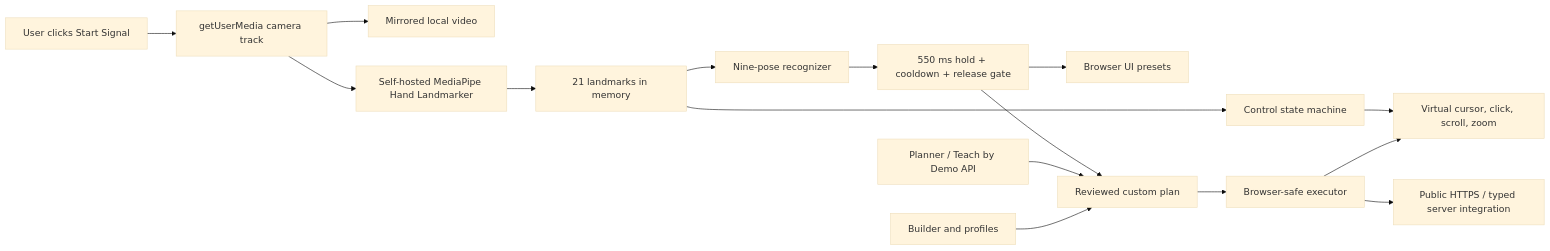
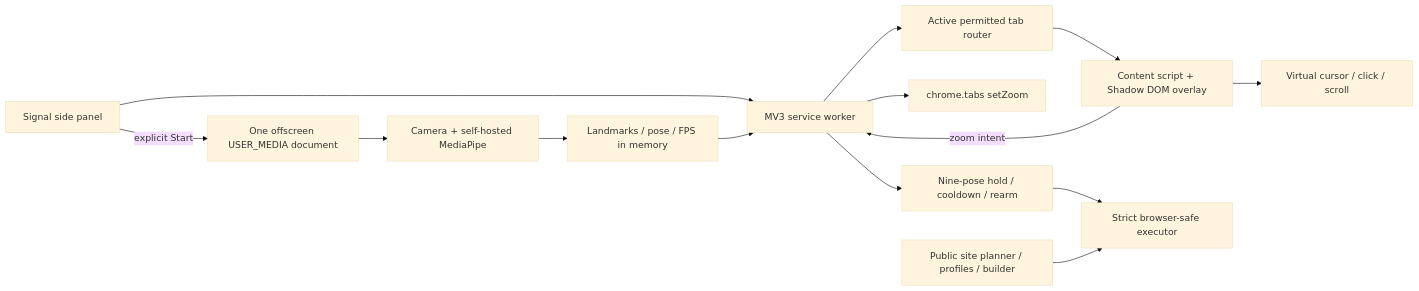
One commit to allenbuild/signal changed the diagram in ARCHITECTURE.md. Above: the diagram before and after it, drawn with Mermaid (base theme). The commit also changed other lines of this file and 90 other files, not shown here.

Commit message:
feat(extension): ship cross-tab Signal hand control

````diff
--- a/ARCHITECTURE.md
+++ b/ARCHITECTURE.md
@@ -5,18 +6,16 @@
 ```mermaid
 flowchart LR
-  click["User clicks Start Signal"] --> camera["getUserMedia camera track"]
-  camera --> video["Mirrored local video"]
-  camera --> landmarker["Self-hosted MediaPipe Hand Landmarker"]
-  landmarker --> landmarks["21 landmarks in memory"]
-  landmarks --> control["Control state machine"]
-  landmarks --> commands["Nine-pose recognizer"]
-  control --> page["Virtual cursor, click, scroll, zoom"]
-  commands --> hold["550 ms hold + cooldown + release gate"]
-  hold --> presets["Browser UI presets"]
-  hold --> validator["Reviewed custom plan"]
-  planner["Planner / Teach by Demo API"] --> validator
-  builder["Builder and profiles"] --> validator
-  validator --> executor["Browser-safe executor"]
-  executor --> page
-  executor --> public["Public HTTPS / typed server integration"]
+  panel["Signal side panel"] --> worker["MV3 service worker"]
+  panel -->|explicit Start| offscreen["One offscreen USER_MEDIA document"]
+  offscreen --> camera["Camera + self-hosted MediaPipe"]
+  camera --> landmarks["Landmarks / pose / FPS in memory"]
+  landmarks --> worker
+  worker --> router["Active permitted tab router"]
+  router --> content["Content script + Shadow DOM overlay"]
+  content --> page["Virtual cursor / click / scroll"]
+  content -->|zoom intent| worker
+  worker --> zoom["chrome.tabs setZoom"]
+  worker --> commands["Nine-pose hold / cooldown / rearm"]
+  commands --> executor["Strict browser-safe executor"]
+  site["Public site planner / profiles / builder"] --> executor
 ```
````
